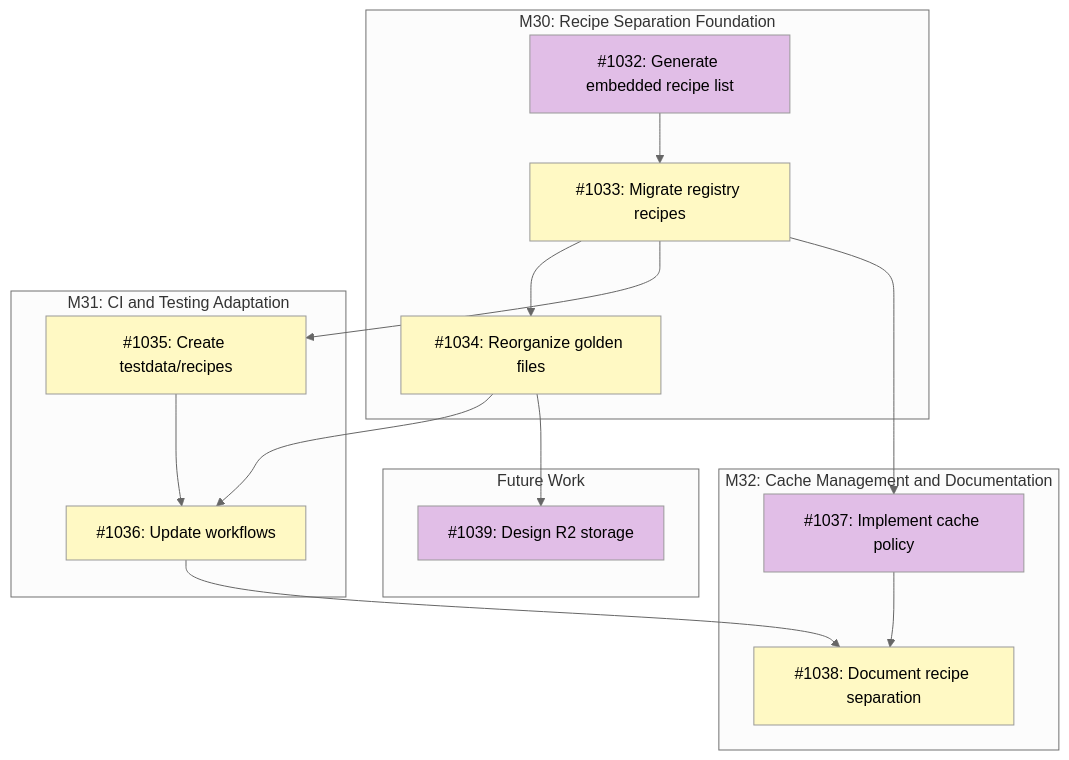
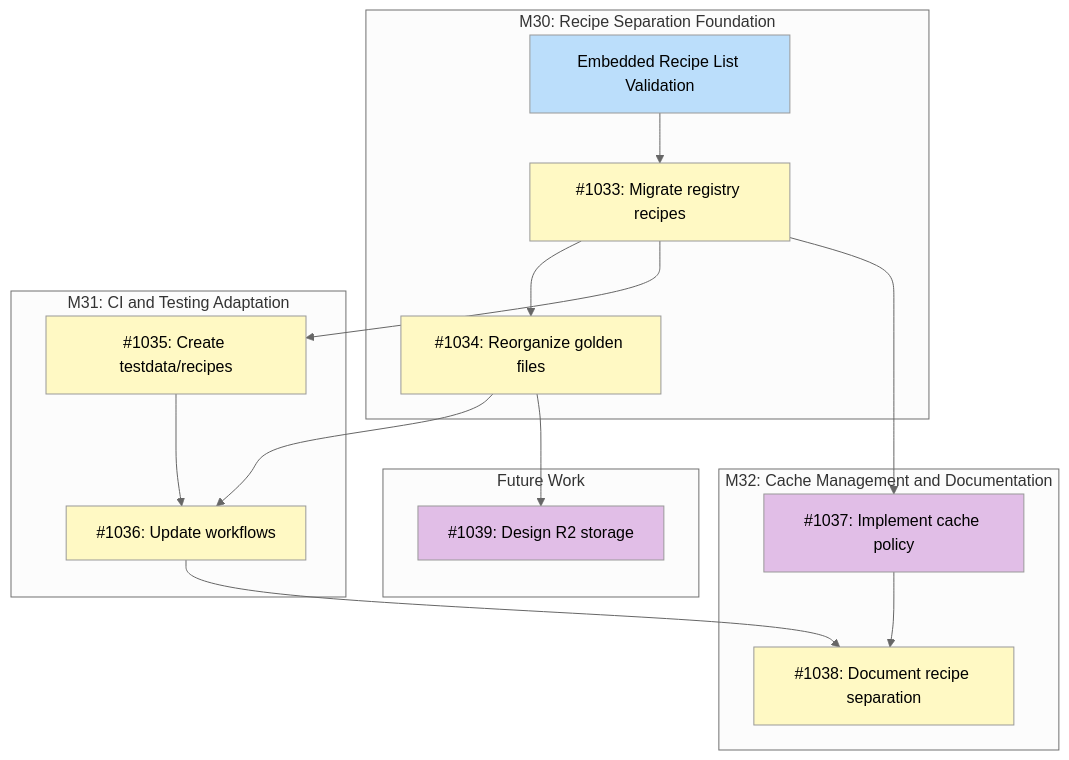
One commit to tsukumogami/tsuku changed the diagram in docs/designs/DESIGN-recipe-registry-separation.md. Above: the diagram before and after it, drawn with Mermaid (neutral theme). The commit also changed other lines of this file and 1 other file, not shown here.

Commit message:
docs: add design for embedded recipe list generation (#1041)
Add DESIGN-embedded-recipe-list.md implementing Stage 0 of the recipe
registry
separation. The design adds runtime validation via `--require-embedded`
flag
to ensure action dependencies can be resolved from embedded recipes
before
migration begins.

````diff
--- a/docs/designs/DESIGN-recipe-registry-separation.md
+++ b/docs/designs/DESIGN-recipe-registry-separation.md
@@ -46,42 +46,42 @@
 ```mermaid
 graph TD
     subgraph M30["M30: Recipe Separation Foundation"]
-        I1032["#1032: Generate embedded recipe list"]
+        ERLV["Embedded Recipe List Validation"]
         I1033["#1033: Migrate registry recipes"]
         I1034["#1034: Reorganize golden files"]
     end
 
     subgraph M31["M31: CI and Testing Adaptation"]
         I1035["#1035: Create testdata/recipes"]
         I1036["#1036: Update workflows"]
     end
 
     subgraph M32["M32: Cache Management and Documentation"]
         I1037["#1037: Implement cache policy"]
         I1038["#1038: Document recipe separation"]
     end
 
     subgraph Future["Future Work"]
         I1039["#1039: Design R2 storage"]
     end
 
-    I1032 --> I1033
+    ERLV --> I1033
     I1033 --> I1034
     I1033 --> I1035
     I1033 --> I1037
     I1034 --> I1036
     I1035 --> I1036
     I1034 --> I1039
     I1036 --> I1038
     I1037 --> I1038
 
     classDef done fill:#c8e6c9
     classDef ready fill:#bbdefb
     classDef blocked fill:#fff9c4
     classDef needsDesign fill:#e1bee7
 
-    class I1032 needsDesign
+    class ERLV ready
     class I1033,I1034,I1035,I1036,I1038 blocked
     class I1037 needsDesign
     class I1039 needsDesign
 ```
````
